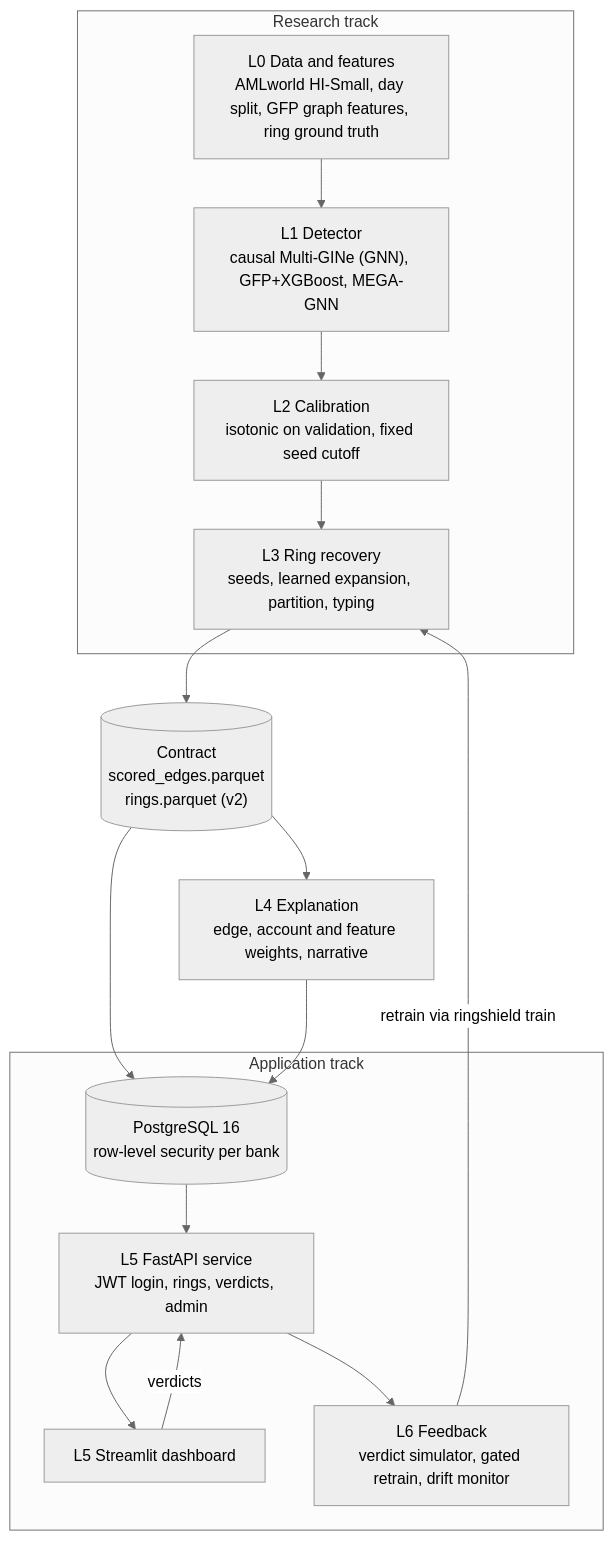
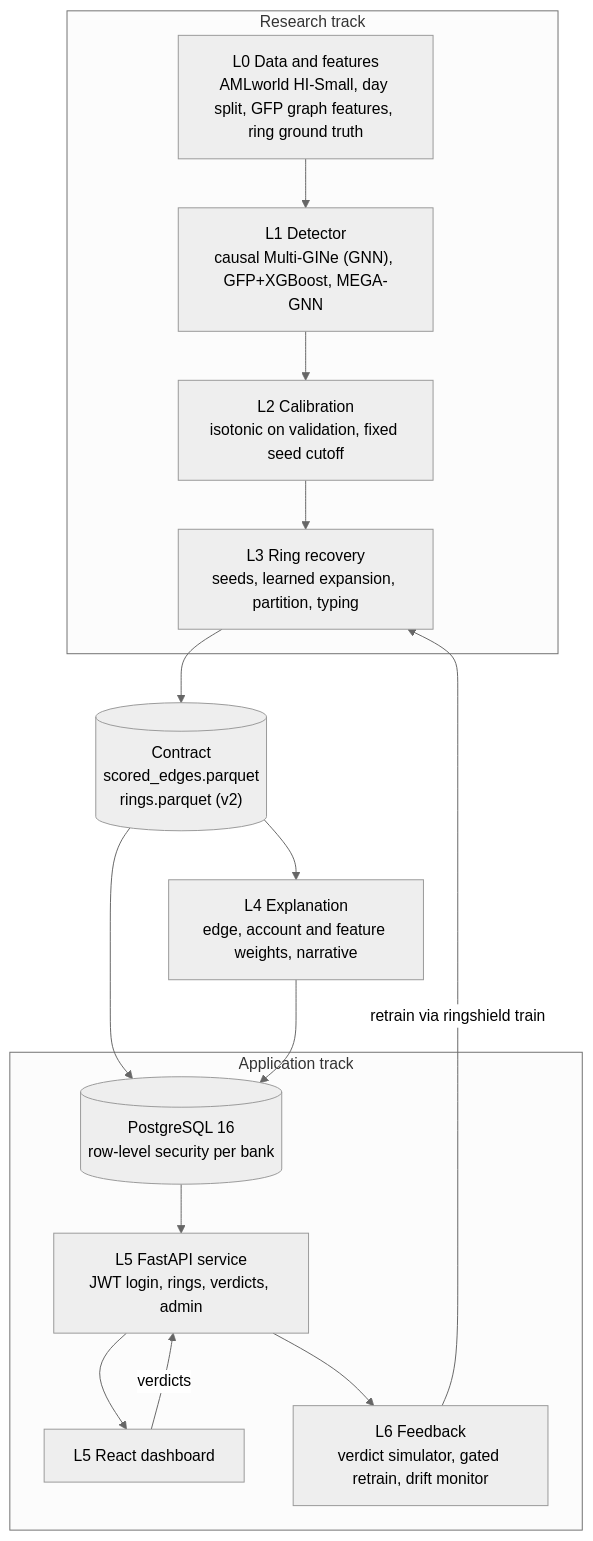
Before and after one commit to jsj912/Ring-Shield: the first of 8 diagrams in docs/report.md, drawn with Mermaid (neutral theme). The commit also changed other lines of this file and 1 other file, not shown here.

Commit message:
Docs: the L5 dashboard is the React app; Streamlit is the frozen first version

````diff
--- a/docs/report.md
+++ b/docs/report.md
@@ -33,25 +33,25 @@
 ```mermaid
 flowchart TB
     subgraph Research["Research track"]
         L0["L0 Data and features<br/>AMLworld HI-Small, day split, GFP graph features, ring ground truth"]
         L1["L1 Detector<br/>causal Multi-GINe (GNN), GFP+XGBoost, MEGA-GNN"]
         L2["L2 Calibration<br/>isotonic on validation, fixed seed cutoff"]
         L3["L3 Ring recovery<br/>seeds, learned expansion, partition, typing"]
     end
     C[("Contract<br/>scored_edges.parquet<br/>rings.parquet (v2)")]
     L4["L4 Explanation<br/>edge, account and feature weights, narrative"]
     subgraph Platform["Application track"]
         DB[("PostgreSQL 16<br/>row-level security per bank")]
         API["L5 FastAPI service<br/>JWT login, rings, verdicts, admin"]
-        UI["L5 Streamlit dashboard"]
+        UI["L5 React dashboard"]
         L6["L6 Feedback<br/>verdict simulator, gated retrain, drift monitor"]
     end
     L0 --> L1 --> L2 --> L3 --> C
     C --> L4
     C --> DB
     L4 --> DB
     DB --> API --> UI
     UI -->|verdicts| API
     API --> L6
     L6 -->|retrain via ringshield train| L3
 ```
````
